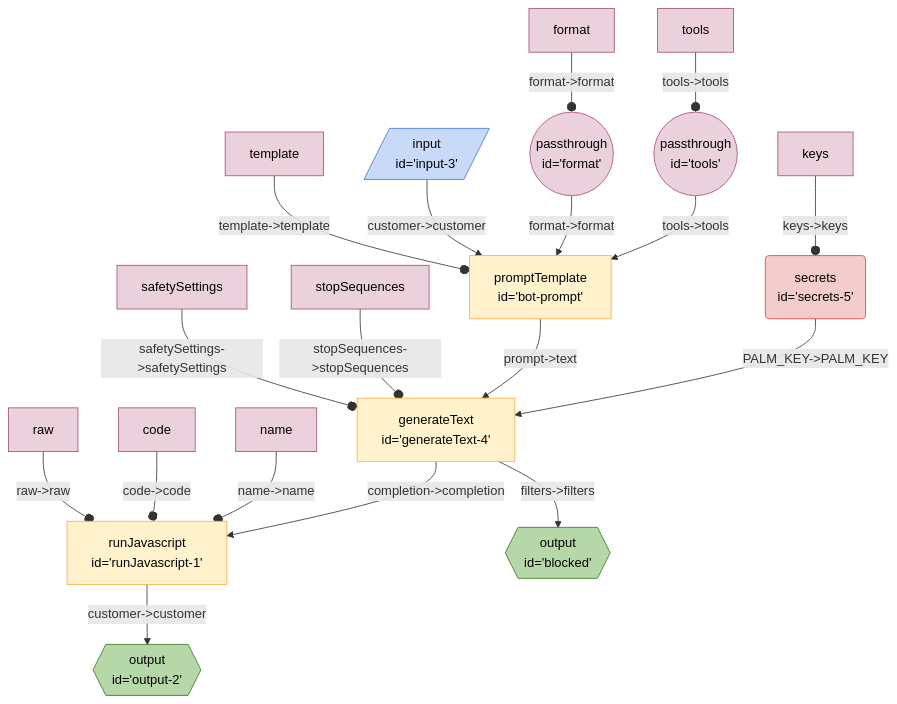
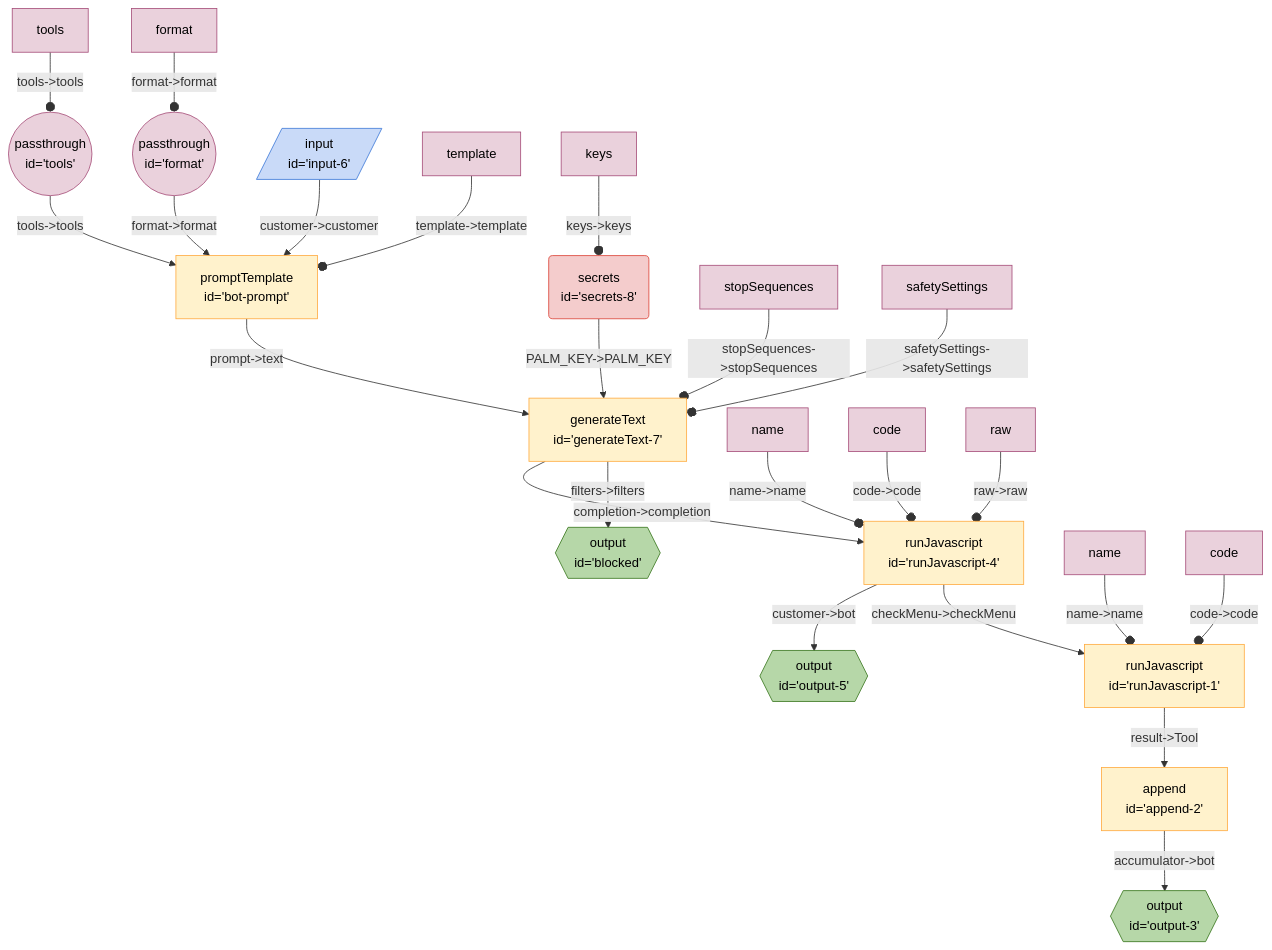
The diagram in seeds/coffe-bot-board/docs/coffee-bot-v2.md (breadboard-ai/breadboard), drawn with Mermaid before and after one commit. The commit also changed 8 other files, not shown here.

````diff
--- a/seeds/coffe-bot-board/docs/coffee-bot-v2.md
+++ b/seeds/coffe-bot-board/docs/coffee-bot-v2.md
@@ -3,29 +3,34 @@
 ```mermaid
 %%{init: 'themeVariables': { 'fontFamily': 'Fira Code, monospace' }}%%
 graph TD;
 tools(("passthrough <br> id='tools'")):::passthrough -- "tools->tools" --> botprompt["promptTemplate <br> id='bot-prompt'"]
 format(("passthrough <br> id='format'")):::passthrough -- "format->format" --> botprompt["promptTemplate <br> id='bot-prompt'"]
-runJavascript1["runJavascript <br> id='runJavascript-1'"] -- "customer->customer" --> output2{{"output <br> id='output-2'"}}:::output
-generateText4["generateText <br> id='generateText-4'"] -- "completion->completion" --> runJavascript1["runJavascript <br> id='runJavascript-1'"]
-generateText4["generateText <br> id='generateText-4'"] -- "filters->filters" --> blocked{{"output <br> id='blocked'"}}:::output
-secrets5("secrets <br> id='secrets-5'"):::secrets -- "PALM_KEY->PALM_KEY" --> generateText4["generateText <br> id='generateText-4'"]
-botprompt["promptTemplate <br> id='bot-prompt'"] -- "prompt->text" --> generateText4["generateText <br> id='generateText-4'"]
-input3[/"input <br> id='input-3'"/]:::input -- "customer->customer" --> botprompt["promptTemplate <br> id='bot-prompt'"]
+append2["append <br> id='append-2'"] -- "accumulator->bot" --> output3{{"output <br> id='output-3'"}}:::output
+runJavascript1["runJavascript <br> id='runJavascript-1'"] -- "result->Tool" --> append2["append <br> id='append-2'"]
+runJavascript4["runJavascript <br> id='runJavascript-4'"] -- "customer->bot" --> output5{{"output <br> id='output-5'"}}:::output
+runJavascript4["runJavascript <br> id='runJavascript-4'"] -- "checkMenu->checkMenu" --> runJavascript1["runJavascript <br> id='runJavascript-1'"]
+generateText7["generateText <br> id='generateText-7'"] -- "completion->completion" --> runJavascript4["runJavascript <br> id='runJavascript-4'"]
+generateText7["generateText <br> id='generateText-7'"] -- "filters->filters" --> blocked{{"output <br> id='blocked'"}}:::output
+secrets8("secrets <br> id='secrets-8'"):::secrets -- "PALM_KEY->PALM_KEY" --> generateText7["generateText <br> id='generateText-7'"]
+botprompt["promptTemplate <br> id='bot-prompt'"] -- "prompt->text" --> generateText7["generateText <br> id='generateText-7'"]
+input6[/"input <br> id='input-6'"/]:::input -- "customer->customer" --> botprompt["promptTemplate <br> id='bot-prompt'"]
 templatebotprompt[template]:::config -- "template->template" --o botprompt
 toolstools[tools]:::config -- "tools->tools" --o tools
 formatformat[format]:::config -- "format->format" --o format
 namerunJavascript1[name]:::config -- "name->name" --o runJavascript1
 coderunJavascript1[code]:::config -- "code->code" --o runJavascript1
-rawrunJavascript1[raw]:::config -- "raw->raw" --o runJavascript1
-stopSequencesgenerateText4[stopSequences]:::config -- "stopSequences->stopSequences" --o generateText4
-safetySettingsgenerateText4[safetySettings]:::config -- "safetySettings->safetySettings" --o generateText4
-keyssecrets5[keys]:::config -- "keys->keys" --o secrets5
+namerunJavascript4[name]:::config -- "name->name" --o runJavascript4
+coderunJavascript4[code]:::config -- "code->code" --o runJavascript4
+rawrunJavascript4[raw]:::config -- "raw->raw" --o runJavascript4
+stopSequencesgenerateText7[stopSequences]:::config -- "stopSequences->stopSequences" --o generateText7
+safetySettingsgenerateText7[safetySettings]:::config -- "safetySettings->safetySettings" --o generateText7
+keyssecrets8[keys]:::config -- "keys->keys" --o secrets8
 classDef default stroke:#ffab40,fill:#fff2ccff,color:#000
 classDef input stroke:#3c78d8,fill:#c9daf8ff,color:#000
 classDef output stroke:#38761d,fill:#b6d7a8ff,color:#000
 classDef passthrough stroke:#a64d79,fill:#ead1dcff,color:#000
 classDef slot stroke:#a64d79,fill:#ead1dcff,color:#000
 classDef config stroke:#a64d79,fill:#ead1dcff,color:#000
 classDef secrets stroke:#db4437,fill:#f4cccc,color:#000
 classDef slotted stroke:#a64d79
 ```
````
